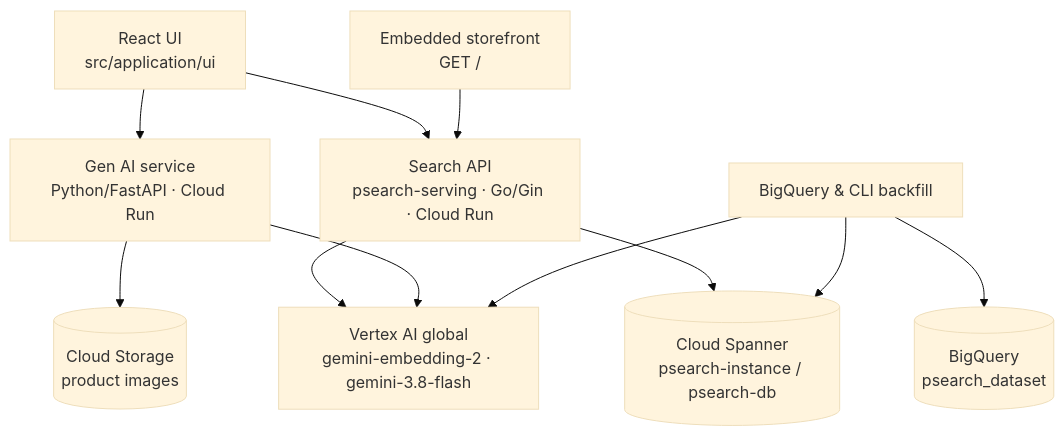
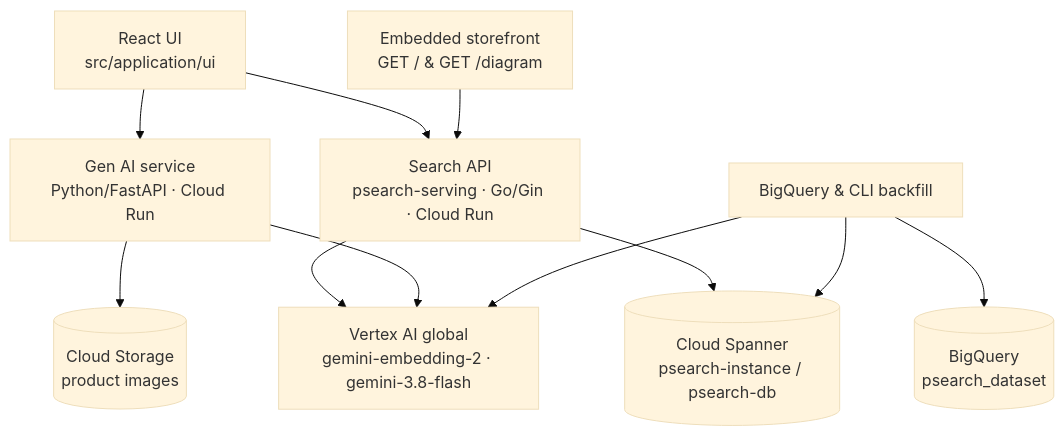
One commit to duboc/scion-experiment changed the diagram in README.md. Above: the diagram before and after it, drawn with Mermaid (base theme). The commit also changed other lines of this file and 1 other file, not shown here.

````diff
--- a/README.md
+++ b/README.md
@@ -38,15 +38,15 @@
 ```mermaid
 graph TD
     UI[React UI<br/>src/application/ui] --> API[Search API<br/>psearch-serving · Go/Gin · Cloud Run]
-    Storefront[Embedded storefront<br/>GET /] --> API
+    Storefront[Embedded storefront<br/>GET / & GET /diagram] --> API
     UI --> GenAI[Gen AI service<br/>Python/FastAPI · Cloud Run]
 
     API --> Spanner[(Cloud Spanner<br/>psearch-instance / psearch-db)]
     API --> VertexAI[Vertex AI global<br/>gemini-embedding-2 · gemini-3.8-flash]
     GenAI --> VertexAI
     GenAI --> GCS[(Cloud Storage<br/>product images)]
 
     Ingestion[BigQuery & CLI backfill] --> Spanner
     Ingestion --> BigQuery[(BigQuery<br/>psearch_dataset)]
     Ingestion --> VertexAI
 ```
````
